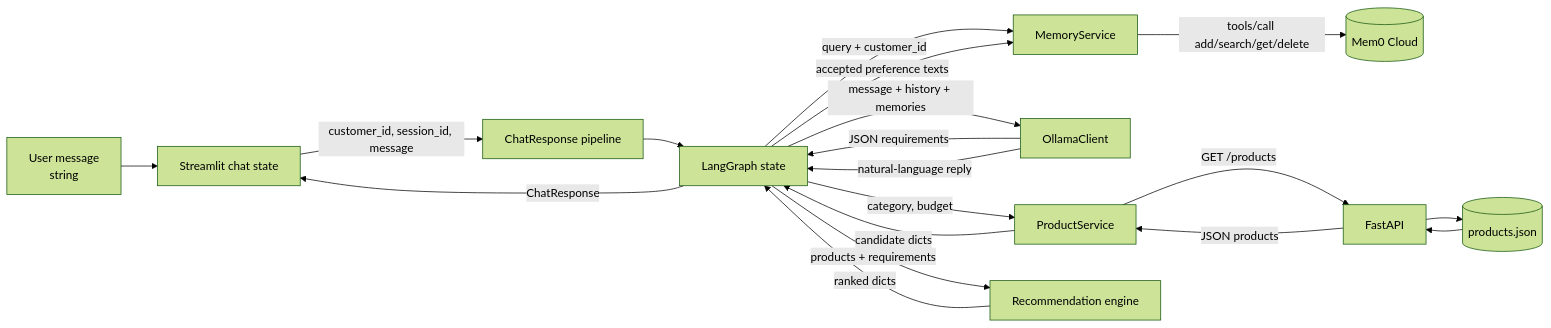
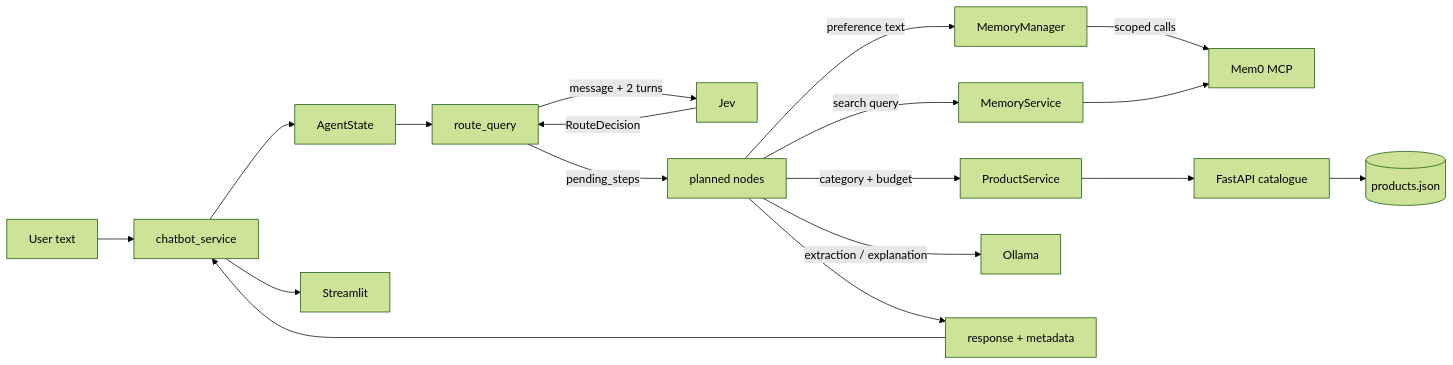
Before and after one commit to psbuilds/retail-mem0-poc: the diagram in docs/explanations/data_flow.md, drawn with Mermaid (forest theme). The commit also changed other lines of this file and 56 other files, not shown here.

Commit message:
Added a jev based query routing node, and modifed the langgraph flow accordingly to prodeuce better tailored responses and to invoke mcp/api only when the user query demands it without invoking in each call

````diff
--- a/docs/explanations/data_flow.md
+++ b/docs/explanations/data_flow.md
@@ -5,26 +5,20 @@
 ```mermaid
 flowchart LR
-    A[User message<br/>string] --> B[Streamlit chat state]
-    B -->|customer_id, session_id, message| C[ChatResponse pipeline]
-
-    C --> D[LangGraph state]
-    D -->|query + customer_id| E[MemoryService]
-    E -->|tools/call add/search/get/delete| F[(Mem0 Cloud)]
-
-    D -->|message + history + memories| G[OllamaClient]
-    G -->|JSON requirements| D
-    G -->|natural-language reply| D
-
-    D -->|category, budget| H[ProductService]
-    H -->|GET /products| I[FastAPI]
-    I --> J[(products.json)]
-    J --> I
-    I -->|JSON products| H
-    H -->|candidate dicts| D
-
-    D -->|products + requirements| K[Recommendation engine]
-    K -->|ranked dicts| D
-
-    D -->|accepted preference texts| E
-    D -->|ChatResponse| B
+    U[User text] --> CS[chatbot_service]
+    CS --> ST[AgentState]
+    ST --> RQ[route_query]
+    RQ -->|"message + 2 turns"| JEV[Jev]
+    JEV -->|"RouteDecision"| RQ
+    RQ -->|"pending_steps"| NODES[planned nodes]
+    NODES -->|"preference text"| MM[MemoryManager]
+    MM -->|"scoped calls"| MCP[Mem0 MCP]
+    NODES -->|"search query"| MS[MemoryService]
+    MS --> MCP
+    NODES -->|"category + budget"| PS[ProductService]
+    PS --> API[FastAPI catalogue]
+    API --> JSON[(products.json)]
+    NODES -->|"extraction / explanation"| OL[Ollama]
+    NODES --> RESP[response + metadata]
+    RESP --> CS
+    CS --> UI[Streamlit]
 ```
````
